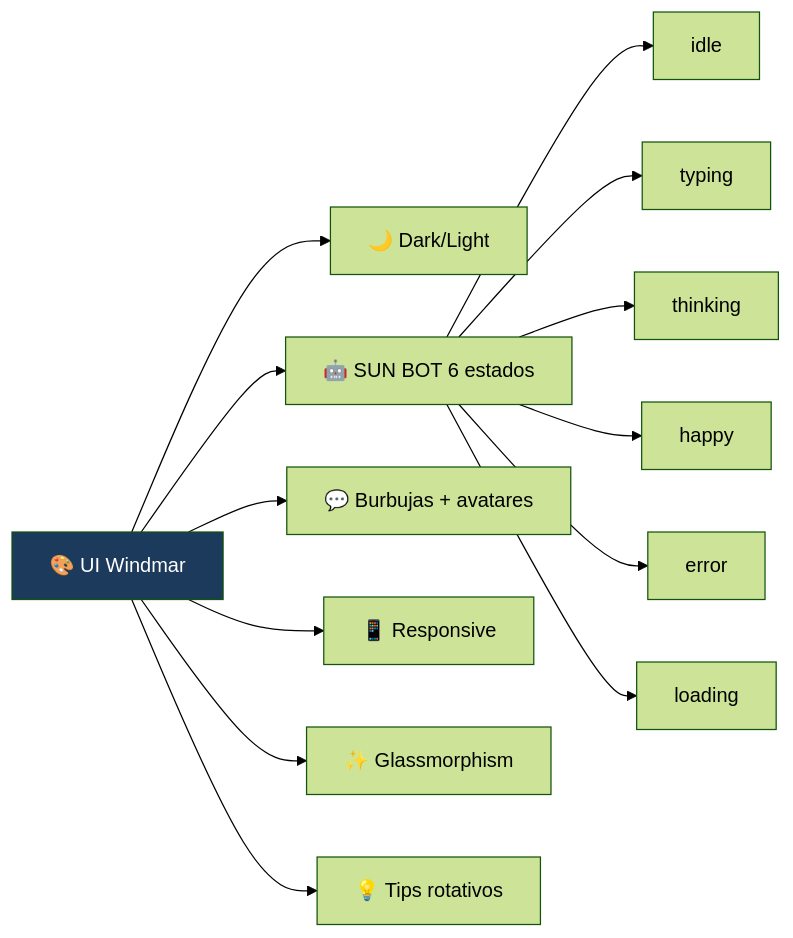
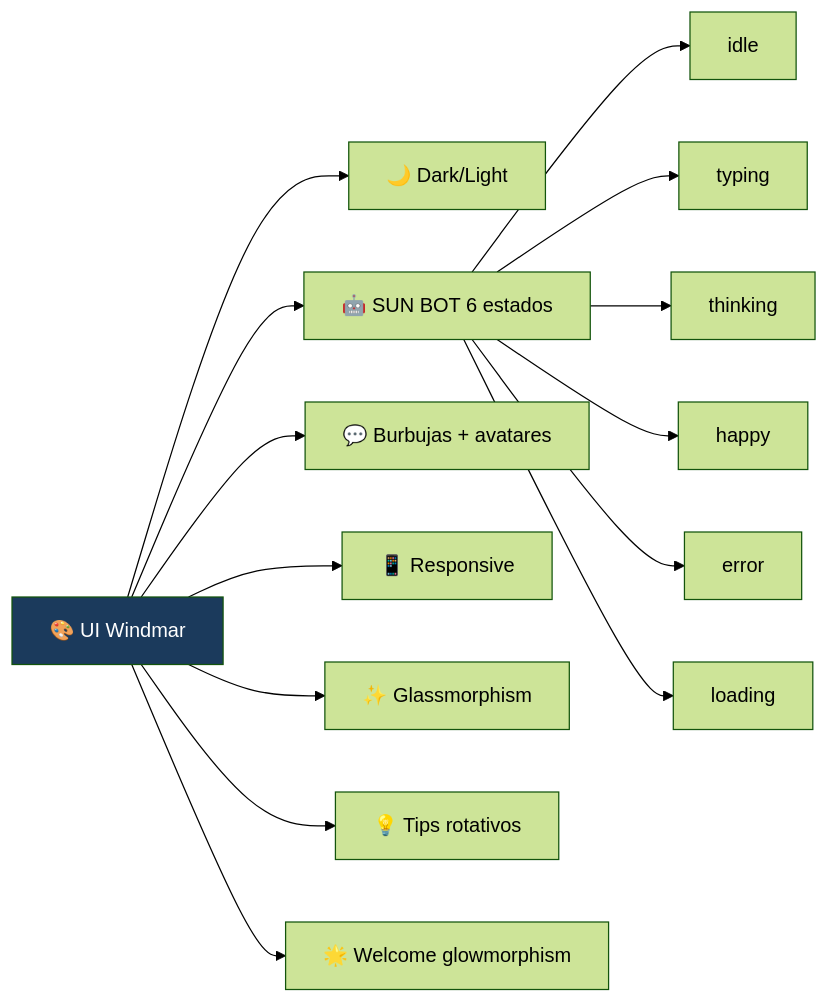
The sixth of 13 diagrams in ROADMAP.md (JnSbstnRivera/WINDMAR-AI-AGENT), drawn with Mermaid (forest theme) before and after one commit. The commit also changed other lines of this file, not shown here.

Commit message:
docs: update roadmap — add Bloque H (Auth+Perfil), bump to 82%

````diff
--- a/ROADMAP.md
+++ b/ROADMAP.md
@@ -137,19 +158,20 @@
 ```mermaid
 flowchart LR
     UI[🎨 UI Windmar]
     UI --> D1[🌙 Dark/Light]
     UI --> D2[🤖 SUN BOT 6 estados]
     UI --> D3[💬 Burbujas + avatares]
     UI --> D4[📱 Responsive]
     UI --> D5[✨ Glassmorphism]
     UI --> D6[💡 Tips rotativos]
+    UI --> D7[🌟 Welcome glowmorphism]
 
     D2 --> S1[idle]
     D2 --> S2[typing]
     D2 --> S3[thinking]
     D2 --> S4[happy]
     D2 --> S5[error]
     D2 --> S6[loading]
 
     style UI fill:#1B3A5C,color:#fff
 ```
````
